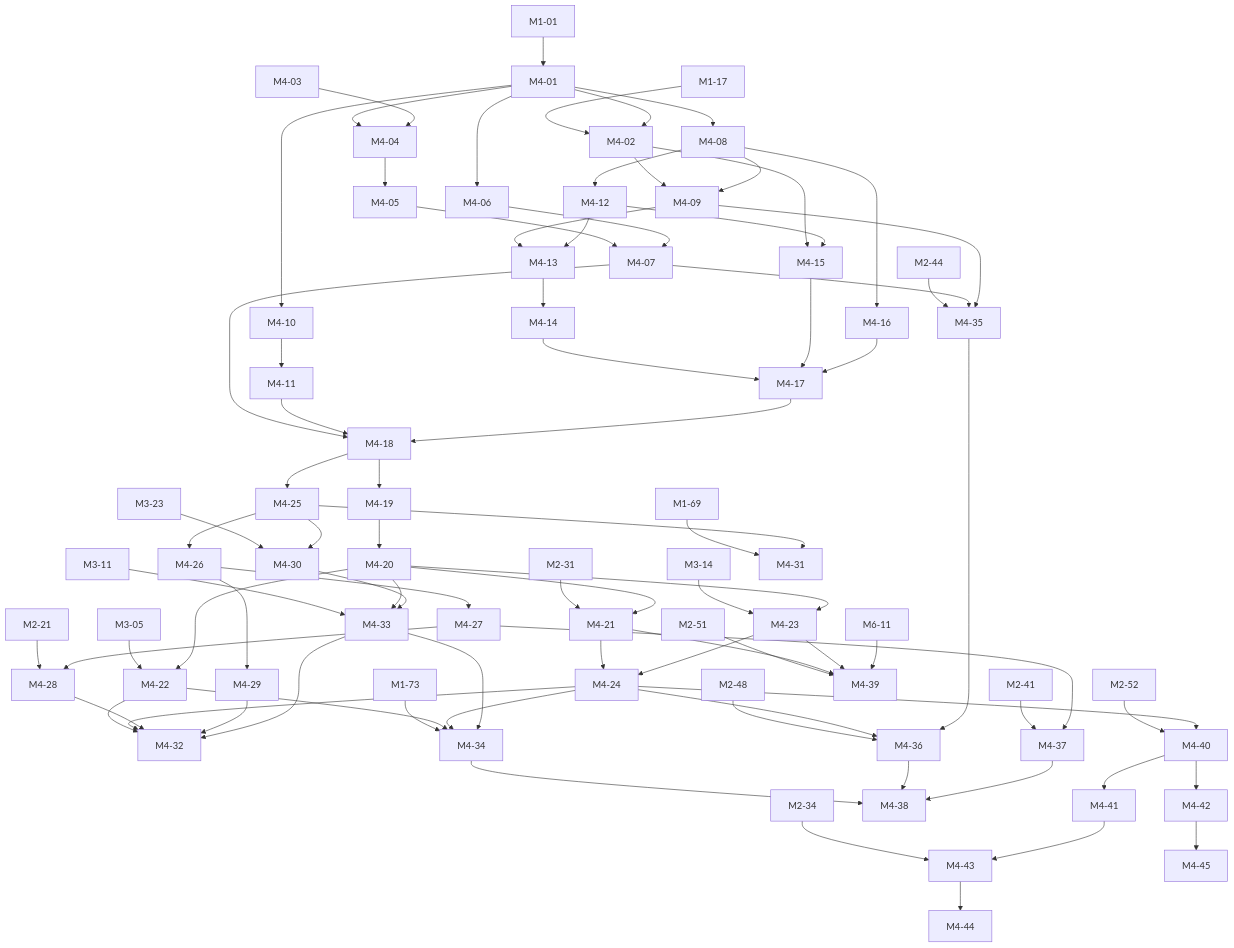
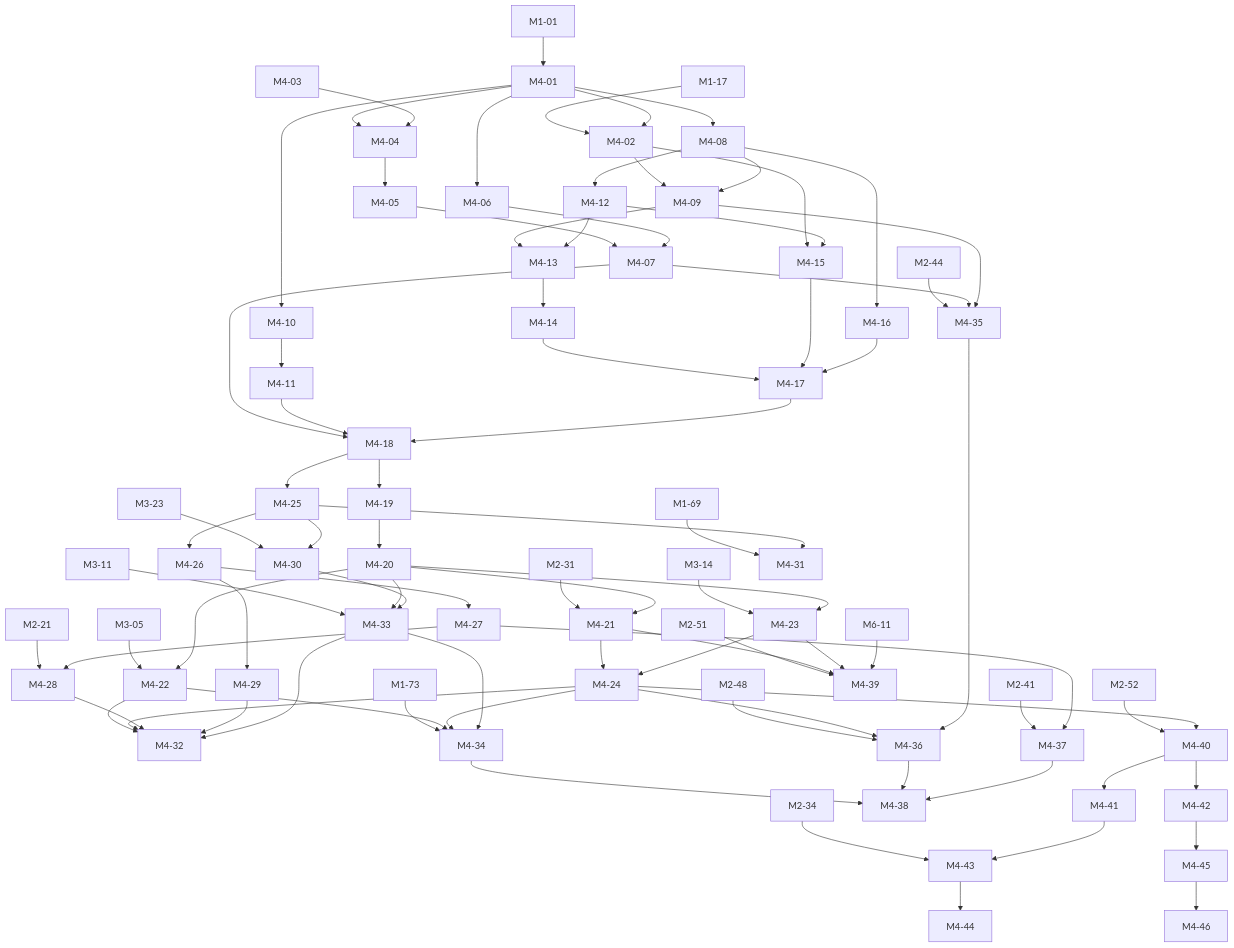
The fourth of 8 diagrams in docs/briefs/README.md (mguttmann/bothy), drawn with Mermaid before and after one commit. The commit also changed other lines of this file and 58 other files, not shown here.

````diff
--- a/docs/briefs/README.md
+++ b/docs/briefs/README.md
@@ -980,6 +981,7 @@
   M4_43["M4-43"]
   M4_44["M4-44"]
   M4_45["M4-45"]
+  M4_46["M4-46"]
   M6_11["M6-11"]
   M1_01 --> M4_01
   M1_17 --> M4_02
@@ -1063,4 +1065,5 @@
   M4_41 --> M4_43
   M4_43 --> M4_44
   M4_42 --> M4_45
+  M4_45 --> M4_46
 ```
````
